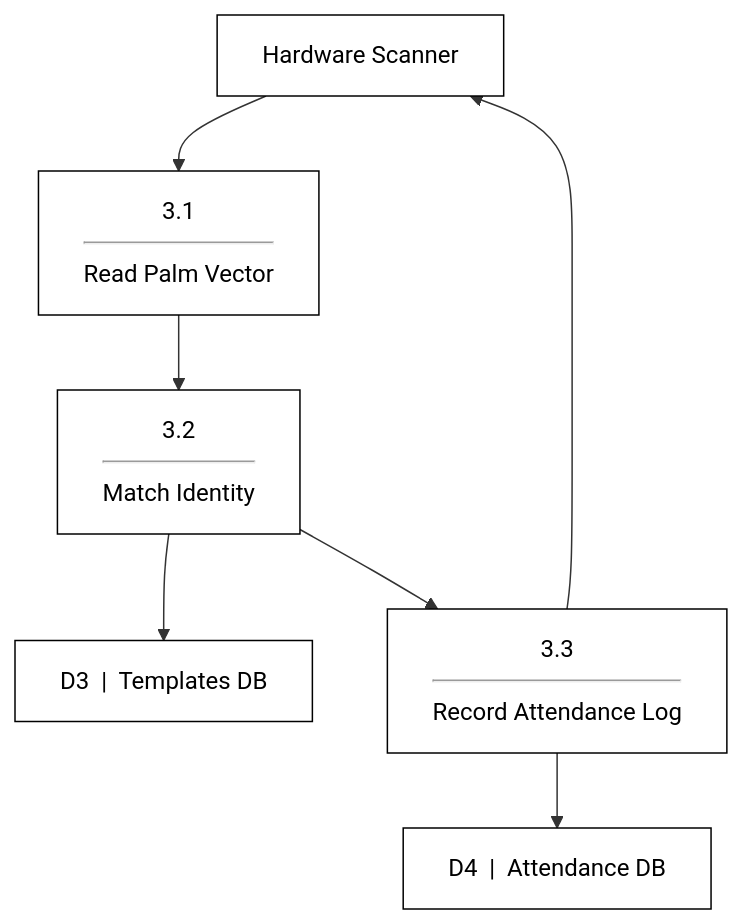
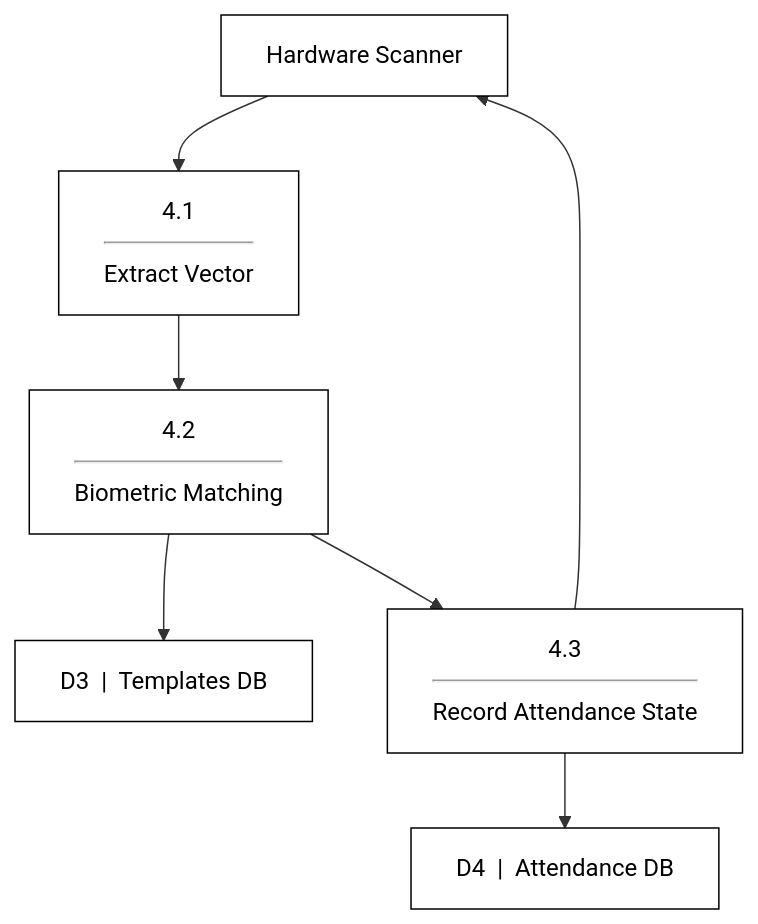
One commit to Touy2004/palm-back-end changed the ninth of 14 diagrams in USER_MANUAL.md. Above: the diagram before and after it, drawn with Mermaid. The commit also changed other lines of this file, not shown here.

Commit message:
docs: update system architecture and data flow diagrams in user manual

````diff
--- a/USER_MANUAL.md
+++ b/USER_MANUAL.md
@@ -403,24 +447,24 @@
 ```mermaid
 flowchart TD
     Device[Hardware Scanner]:::entity
     
-    P3_1["3.1<hr/>Read Palm Vector"]:::process
-    P3_2["3.2<hr/>Match Identity"]:::process
-    P3_3["3.3<hr/>Record Attendance Log"]:::process
+    P4_1["4.1<hr/>Extract Vector"]:::process
+    P4_2["4.2<hr/>Biometric Matching"]:::process
+    P4_3["4.3<hr/>Record Attendance State"]:::process
     
     D3["D3 &nbsp;|&nbsp; Templates DB"]:::datastore
     D4["D4 &nbsp;|&nbsp; Attendance DB"]:::datastore
     
-    Device --> P3_1
-    P3_1 --> P3_2
+    Device --> P4_1
+    P4_1 --> P4_2
     
-    P3_2 --> D3
-    P3_2 --> P3_3
+    P4_2 --> D3
+    P4_2 --> P4_3
     
-    P3_3 --> D4
-    P3_3 --> Device
+    P4_3 --> D4
+    P4_3 --> Device
 
     classDef entity fill:#fff,stroke:#000,stroke-width:1px,shape:rect,color:#000
     classDef process fill:#fff,stroke:#000,stroke-width:1px,shape:rect,color:#000
     classDef datastore fill:#fff,stroke:#000,stroke-width:1px,shape:rect,color:#000
 ```
````
